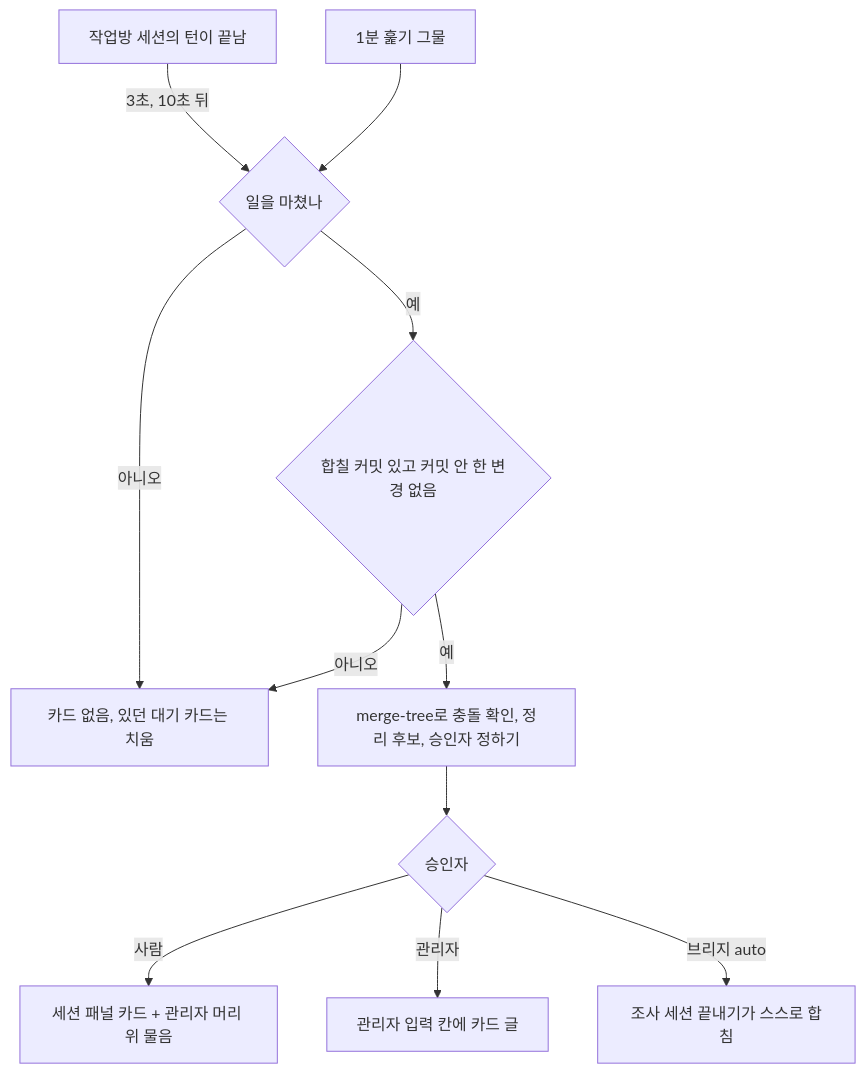
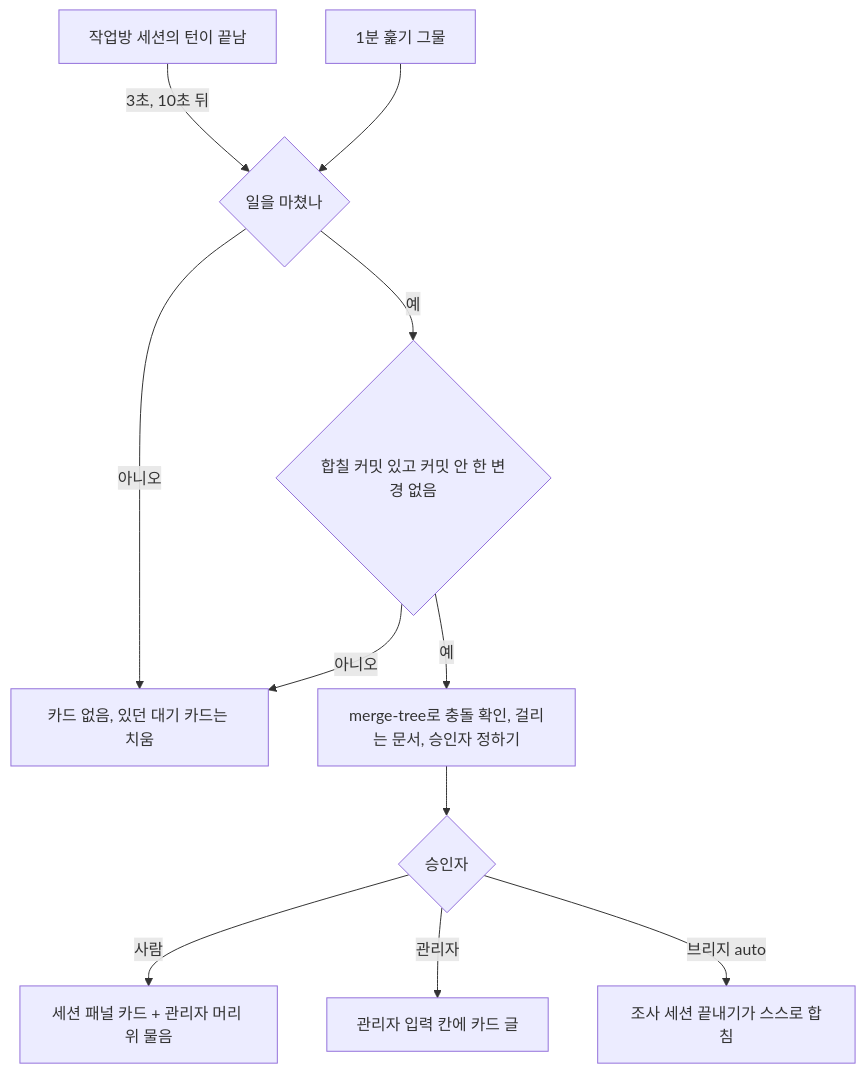
Before and after one commit to Gabriel-Joo/foreman: the diagram in notion/07_merge/01_card.md, drawn with Mermaid. The commit also changed other lines of this file and 31 other files, not shown here.

````diff
--- a/notion/07_merge/01_card.md
+++ b/notion/07_merge/01_card.md
@@ -16,13 +16,13 @@
 ```mermaid
 flowchart TD
     A[작업방 세션의 턴이 끝남] -->|3초, 10초 뒤| B{일을 마쳤나}
     S[1분 훑기 그물] --> B
     B -- 아니오 --> X[카드 없음, 있던 대기 카드는 치움]
     B -- 예 --> C{합칠 커밋 있고 커밋 안 한 변경 없음}
     C -- 아니오 --> X
-    C -- 예 --> D[merge-tree로 충돌 확인, 정리 후보, 승인자 정하기]
+    C -- 예 --> D[merge-tree로 충돌 확인, 걸리는 문서, 승인자 정하기]
     D --> E{승인자}
     E -- 사람 --> F[세션 패널 카드 + 관리자 머리 위 물음]
     E -- 관리자 --> G[관리자 입력 칸에 카드 글]
     E -- 브리지 auto --> H[조사 세션 끝내기가 스스로 합침]
 ```
````
